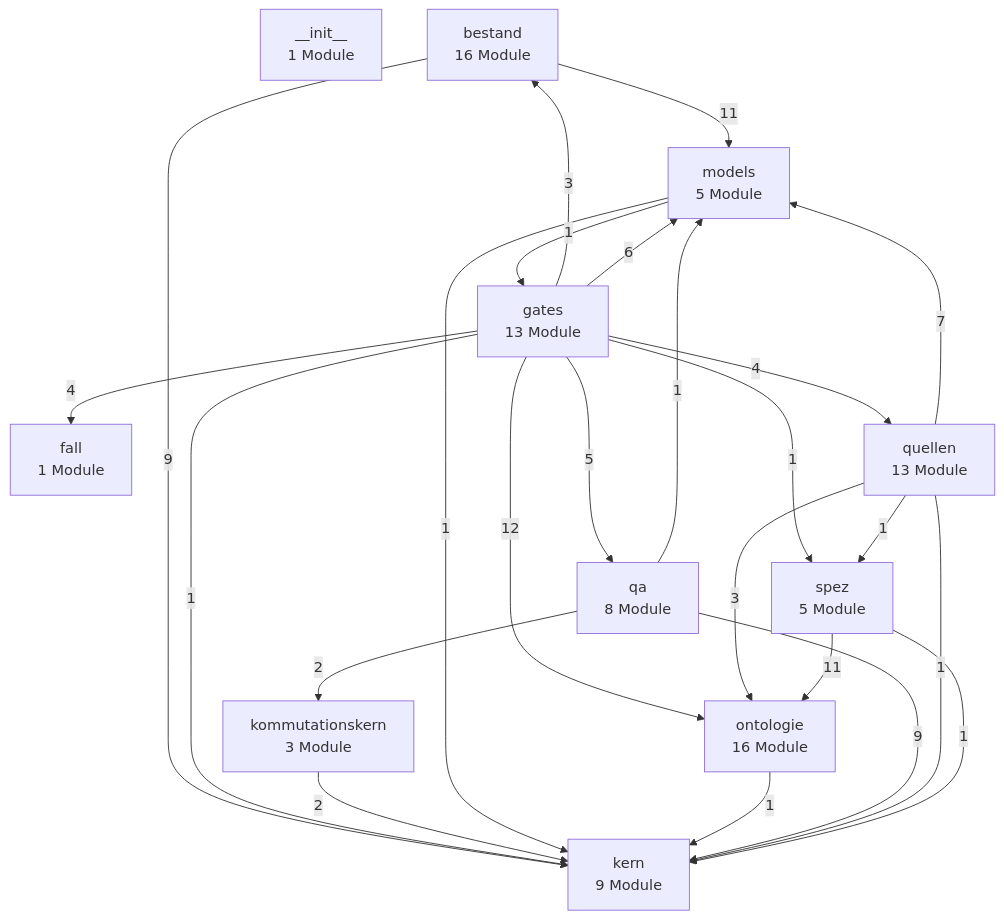
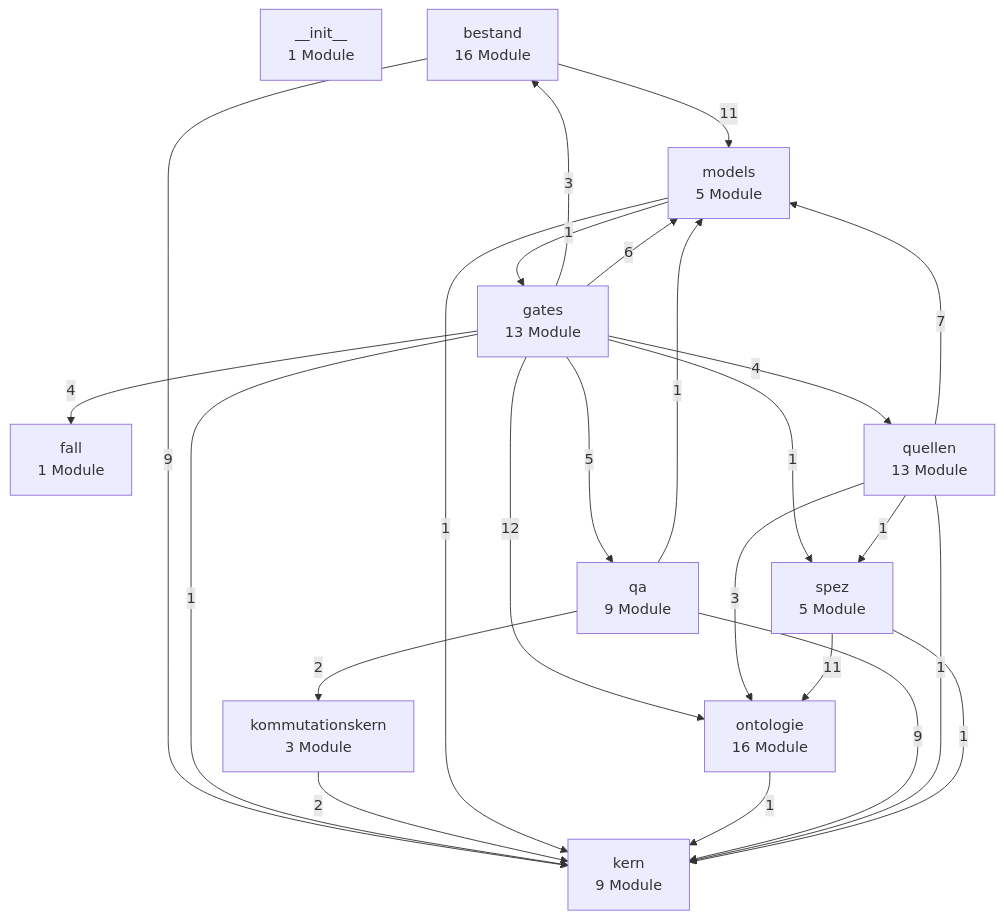
The first of 3 diagrams in docs/architektur/landkarte.md (bartlmac/rechner-pipeline), drawn with Mermaid before and after one commit. The commit also changed other lines of this file and 7 other files, not shown here.

````diff
--- a/docs/architektur/landkarte.md
+++ b/docs/architektur/landkarte.md
@@ -27,38 +27,38 @@
 ```mermaid
 %% Schichten — erzeugt von ontologie.landkarte
 flowchart TD
     n__init__["__init__<br/>1 Module"]
     bestand["bestand<br/>16 Module"]
     fall["fall<br/>1 Module"]
     gates["gates<br/>13 Module"]
     kern["kern<br/>9 Module"]
     kommutationskern["kommutationskern<br/>3 Module"]
     models["models<br/>5 Module"]
     ontologie["ontologie<br/>16 Module"]
-    qa["qa<br/>8 Module"]
+    qa["qa<br/>9 Module"]
     quellen["quellen<br/>13 Module"]
     spez["spez<br/>5 Module"]
     bestand -- 9 --> kern
     bestand -- 11 --> models
     gates -- 3 --> bestand
     gates -- 4 --> fall
     gates -- 1 --> kern
     gates -- 6 --> models
     gates -- 12 --> ontologie
     gates -- 5 --> qa
     gates -- 4 --> quellen
     gates -- 1 --> spez
     kommutationskern -- 2 --> kern
     models -- 1 --> gates
     models -- 1 --> kern
     ontologie -- 1 --> kern
     qa -- 9 --> kern
     qa -- 2 --> kommutationskern
     qa -- 1 --> models
     quellen -- 1 --> kern
     quellen -- 7 --> models
     quellen -- 3 --> ontologie
     quellen -- 1 --> spez
     spez -- 1 --> kern
     spez -- 11 --> ontologie
 ```
````
